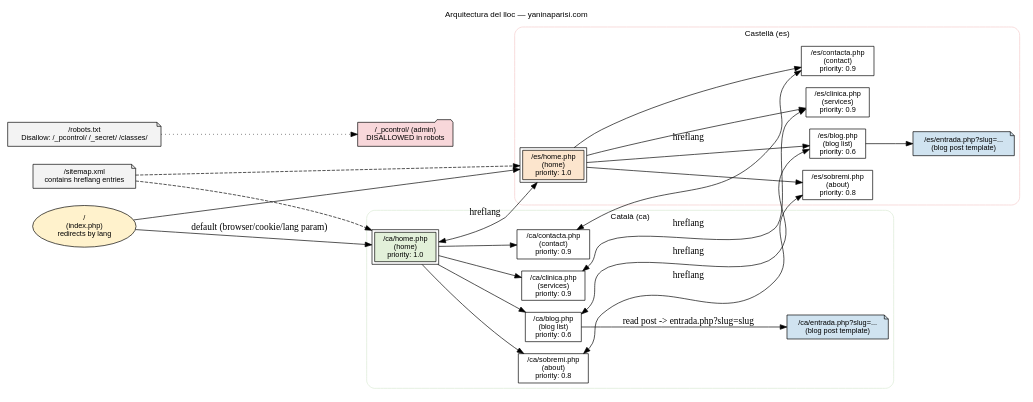
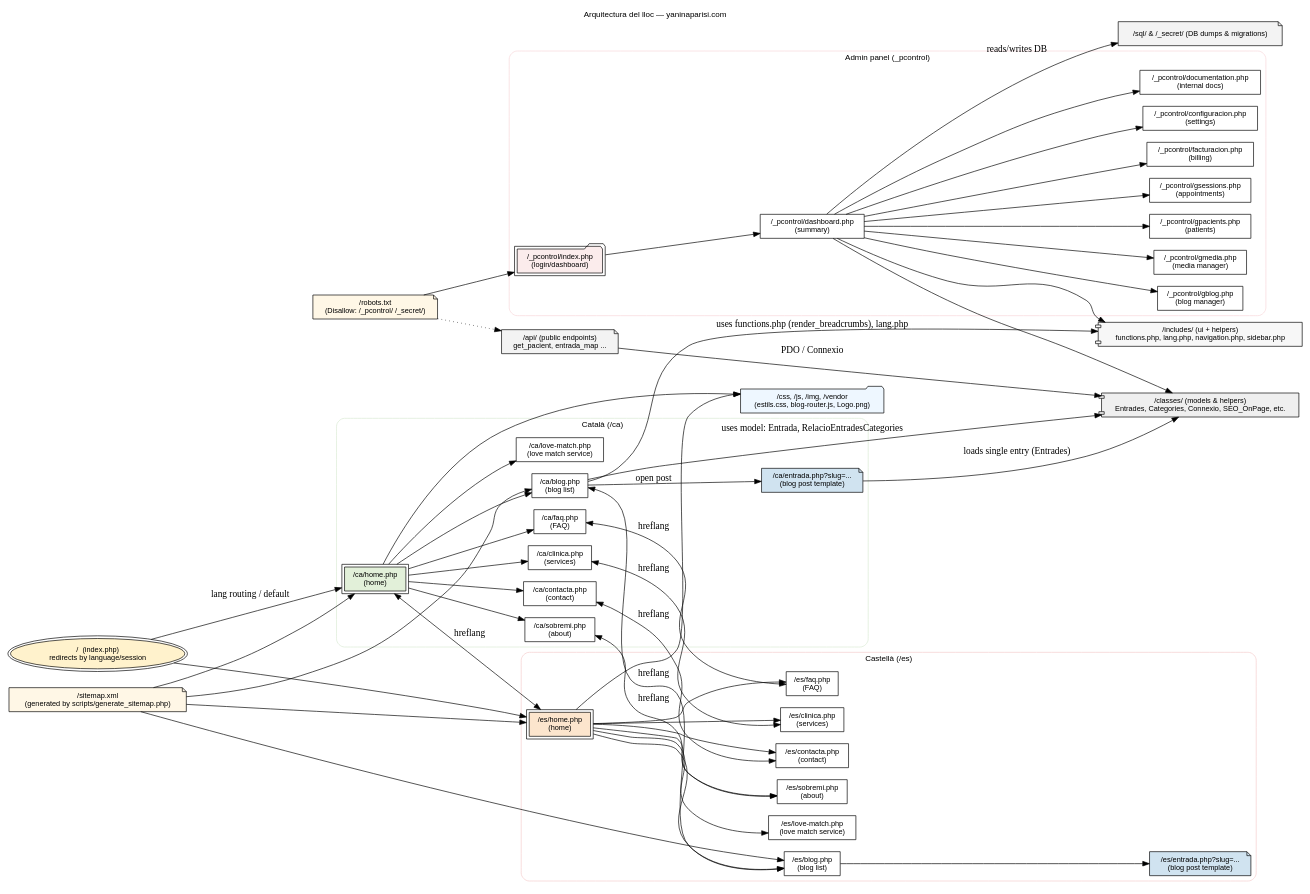
One commit to MarcMataro/YaninaParisi_web changed the diagram in diagrams/site-architecture.dot. Above: the diagram before and after it, drawn with Graphviz. The commit also changed 43 other files, not shown here.

```diff
--- a/diagrams/site-architecture.dot
+++ b/diagrams/site-architecture.dot
@@ -1,70 +1,98 @@
 digraph YaninaParisi {
   rankdir=LR;
   graph [fontsize=12 labelloc="t" label="Arquitectura del lloc — yaninaparisi.com" fontname="Helvetica"];
   node [shape=box fontname="Helvetica" fontsize=11];
 
-  // Root and language homes
-  Root [label="/\n(index.php)\nredirects by lang", shape=oval, style=filled, fillcolor="#FFF2CC"];
+  // Root and language fronts
+  Root [label="/  (index.php)\n redirects by language/session", shape=oval, style=filled, fillcolor="#FFF2CC"];
 
+  // Public site - Català
   subgraph cluster_ca {
-    label="Català (ca)";
-    style=rounded;
-    color="#D9EAD3";
-    ca_home [label="/ca/home.php\n(home)\npriority: 1.0", style=filled, fillcolor="#E2F0D9"];
-    ca_sobremi [label="/ca/sobremi.php\n(about)\npriority: 0.8"];
-    ca_contacta [label="/ca/contacta.php\n(contact)\npriority: 0.9"];
-    ca_clinica [label="/ca/clinica.php\n(services)\npriority: 0.9"];
-    ca_blog [label="/ca/blog.php\n(blog list)\npriority: 0.6"];
-    ca_entrada [label="/ca/entrada.php?slug=...\n(blog post template)", shape=note, fillcolor="#D0E3F0", style=filled];
+    label="Català (/ca)";
+    style=rounded; color="#D9EAD3";
+    ca_home [label="/ca/home.php\n(home)", style=filled, fillcolor="#E2F0D9", peripheries=2];
+    ca_sobremi [label="/ca/sobremi.php\n(about)"];
+    ca_contacta [label="/ca/contacta.php\n(contact)"];
+    ca_clinica [label="/ca/clinica.php\n(services)"];
+    ca_blog [label="/ca/blog.php\n(blog list)"];
+    ca_entrada [label="/ca/entrada.php?slug=...\n(blog post template)", shape=note, style=filled, fillcolor="#D0E3F0"];
+    ca_faq [label="/ca/faq.php\n(FAQ)"];
+    ca_lovematch [label="/ca/love-match.php\n(love match service)"];
   }
 
+  // Public site - Castellà
   subgraph cluster_es {
-    label="Castellà (es)";
-    style=rounded;
-    color="#F4CCCC";
-    es_home [label="/es/home.php\n(home)\npriority: 1.0", style=filled, fillcolor="#FCE5CD"];
-    es_sobremi [label="/es/sobremi.php\n(about)\npriority: 0.8"];
-    es_contacta [label="/es/contacta.php\n(contact)\npriority: 0.9"];
-    es_clinica [label="/es/clinica.php\n(services)\npriority: 0.9"];
-    es_blog [label="/es/blog.php\n(blog list)\npriority: 0.6"];
-    es_entrada [label="/es/entrada.php?slug=...\n(blog post template)", shape=note, fillcolor="#D0E3F0", style=filled];
+    label="Castellà (/es)";
+    style=rounded; color="#F4CCCC";
+    es_home [label="/es/home.php\n(home)", style=filled, fillcolor="#FCE5CD", peripheries=2];
+    es_sobremi [label="/es/sobremi.php\n(about)"];
+    es_contacta [label="/es/contacta.php\n(contact)"];
+    es_clinica [label="/es/clinica.php\n(services)"];
+    es_blog [label="/es/blog.php\n(blog list)"];
+    es_entrada [label="/es/entrada.php?slug=...\n(blog post template)", shape=note, style=filled, fillcolor="#D0E3F0"];
+    es_faq [label="/es/faq.php\n(FAQ)"];
+    es_lovematch [label="/es/love-match.php\n(love match service)"];
   }
 
-  // Edges: root -> language homes
-  Root -> ca_home [label="default (browser/cookie/lang param)"];
+  // Admin / Panel
+  subgraph cluster_admin {
+    label="Admin panel (_pcontrol)";
+    style=rounded; color="#F8D7DA";
+    admin_index [label="/_pcontrol/index.php\n(login/dashboard)", shape=folder, style=filled, fillcolor="#FBECEC"];
+    admin_dashboard [label="/_pcontrol/dashboard.php\n(summary)"];
+    admin_gblog [label="/_pcontrol/gblog.php\n(blog manager)"];
+    admin_gmedia [label="/_pcontrol/gmedia.php\n(media manager)"];
+    admin_gpacients [label="/_pcontrol/gpacients.php\n(patients)"];
+    admin_gsessions [label="/_pcontrol/gsessions.php\n(appointments)"];
+    admin_fact [label="/_pcontrol/facturacion.php\n(billing)"];
+    admin_config [label="/_pcontrol/configuracion.php\n(settings)"];
+    admin_docs [label="/_pcontrol/documentation.php\n(internal docs)"];
+  }
+
+  // Backend / code / data
+  classes [label="/classes/ (models & helpers)\nEntrades, Categories, Connexio, SEO_OnPage, etc.", shape=component, style=filled, fillcolor="#EFEFEF"];
+  includes [label="/includes/ (ui + helpers)\nfunctions.php, lang.php, navigation.php, sidebar.php", shape=component, style=filled, fillcolor="#F7F7F7"];
+  sql [label="/sql/ & /_secret/ (DB dumps & migrations)", shape=note, style=filled, fillcolor="#F3F3F3"];
+
+  // Assets and static
+  assets [label="/css, /js, /img, /vendor\n(estils.css, blog-router.js, Logo.png)", shape=folder, style=filled, fillcolor="#EEF7FF"];
+
+  // API / utilities
+  sitemap [label="/sitemap.xml\n(generated by scripts/generate_sitemap.php)", shape=note, style=filled, fillcolor="#FFF7E6"];
+  robots [label="/robots.txt\n(Disallow: /_pcontrol/ /_secret/)", shape=note, style=filled, fillcolor="#FFF7E6"];
+  api_node [label="/api/ (public endpoints)\nget_pacient, entrada_map ...", shape=note, style=filled, fillcolor="#F3F3F3"];
+
+  // High-level edges: root -> language homes
+  Root -> ca_home [label="lang routing / default"];
   Root -> es_home;
 
-  // Internal structure edges
-  ca_home -> ca_sobremi;
-  ca_home -> ca_contacta;
-  ca_home -> ca_clinica;
-  ca_home -> ca_blog;
-  ca_blog -> ca_entrada [label="read post -> entrada.php?slug=slug"];
+  // Pages links
+  ca_home -> ca_sobremi; ca_home -> ca_contacta; ca_home -> ca_clinica; ca_home -> ca_blog; ca_home -> ca_faq; ca_home -> ca_lovematch;
+  ca_blog -> ca_entrada [label="open post"];
 
-  es_home -> es_sobremi;
-  es_home -> es_contacta;
-  es_home -> es_clinica;
-  es_home -> es_blog;
+  es_home -> es_sobremi; es_home -> es_contacta; es_home -> es_clinica; es_home -> es_blog; es_home -> es_faq; es_home -> es_lovematch;
   es_blog -> es_entrada;
 
-  // Hreflang / language alternates
+  // Hreflang pairs
   ca_home -> es_home [dir=both label="hreflang"];
-  ca_sobremi -> es_sobremi [dir=both label="hreflang"];
-  ca_contacta -> es_contacta [dir=both label="hreflang"];
-  ca_clinica -> es_clinica [dir=both label="hreflang"];
-  ca_blog -> es_blog [dir=both label="hreflang"];
+  ca_sobremi -> es_sobremi [dir=both label="hreflang"]; ca_contacta -> es_contacta [dir=both label="hreflang"]; ca_clinica -> es_clinica [dir=both label="hreflang"]; ca_blog -> es_blog [dir=both label="hreflang"]; ca_faq -> es_faq [dir=both label="hreflang"];
 
-  // Special/internal nodes
-  sitemap [label="/sitemap.xml\ncontains hreflang entries", shape=note, style=filled, fillcolor="#F3F3F3"];
-  robots [label="/robots.txt\nDisallow: /_pcontrol/ /_secret/ /classes/", shape=note, style=filled, fillcolor="#F3F3F3"];
-  admin [label="/_pcontrol/ (admin)\nDISALLOWED in robots", shape=folder, style=filled, fillcolor="#F8D7DA"];
+  // Connections to backend/helpers
+  ca_blog -> classes [label="uses model: Entrada, RelacioEntradesCategories"];
+  ca_blog -> includes [label="uses functions.php (render_breadcrumbs), lang.php"];
+  ca_entrada -> classes [label="loads single entry (Entrades)"];
+  ca_home -> assets; es_home -> assets;
 
-  // Links to sitemap/robots
-  sitemap -> ca_home [style=dashed];
-  sitemap -> es_home [style=dashed];
-  robots -> admin [style=dotted];
+  // Admin connections
+  admin_index -> admin_dashboard; admin_dashboard -> admin_gblog; admin_dashboard -> admin_gmedia; admin_dashboard -> admin_gpacients; admin_dashboard -> admin_gsessions; admin_dashboard -> admin_fact; admin_dashboard -> admin_config; admin_dashboard -> admin_docs;
+  // Admin uses backend
+  admin_dashboard -> classes; admin_dashboard -> includes; admin_dashboard -> sql [label="reads/writes DB"];
 
-  // Visual hints
-  ca_home [peripheries=2];
-  es_home [peripheries=2];
+  // SEO and utilities
+  sitemap -> ca_home; sitemap -> es_home; sitemap -> ca_blog; sitemap -> es_blog;
+  robots -> admin_index; robots -> api_node [style=dotted];
+  api_node -> classes [label="PDO / Connexio"];
+
+  // Visual hints / grouping
+  Root [peripheries=2]; ca_home [peripheries=2]; es_home [peripheries=2]; admin_index [peripheries=2];
 }
```
